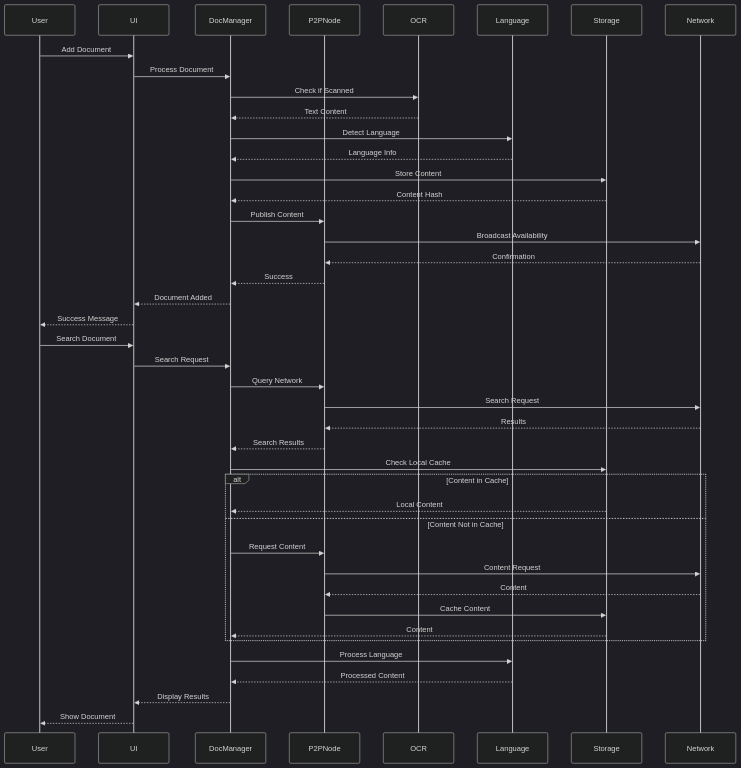
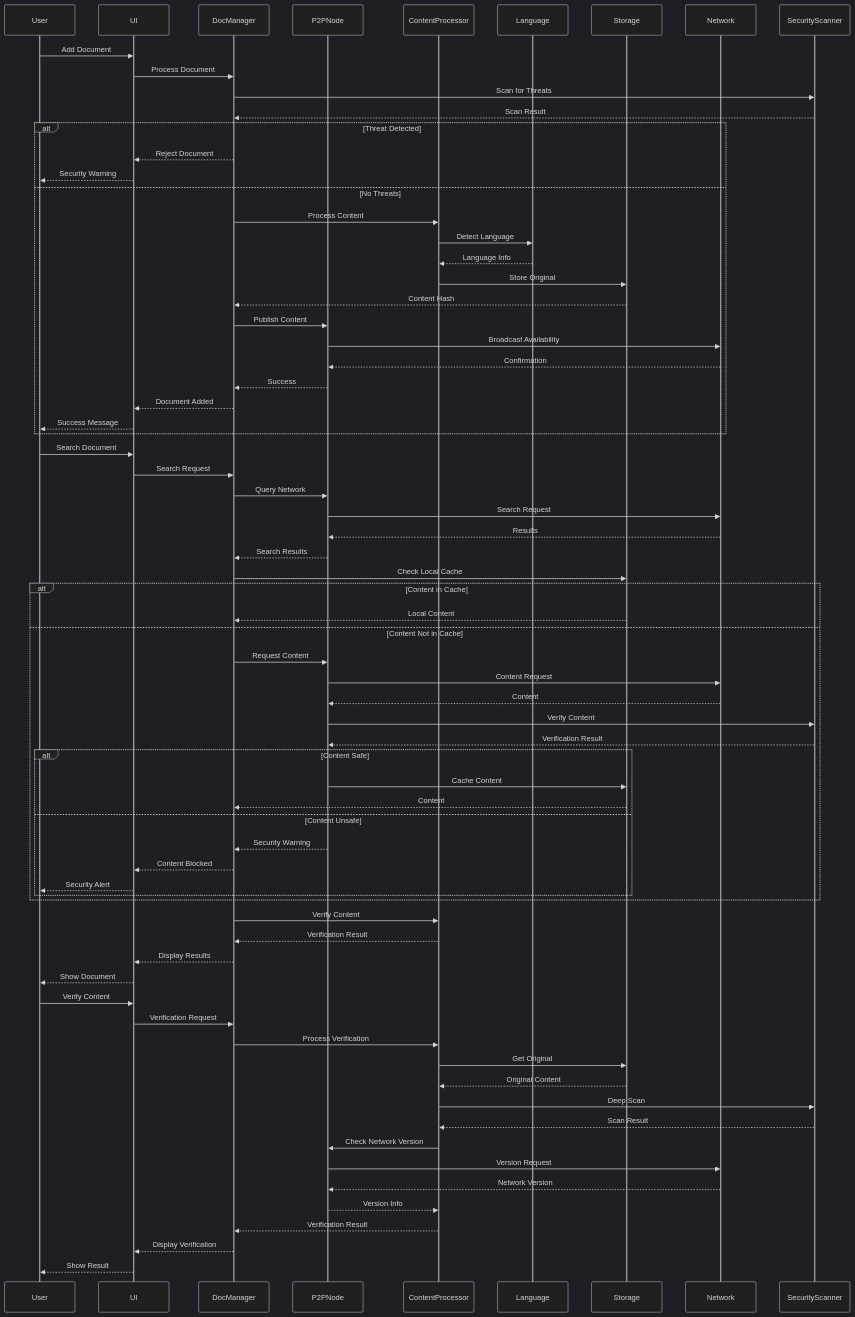
Before and after one commit to AlLibrary-Libertarian-knowledge/DocsAndResearch_AlLibrary: the diagram in Software Engineering/sequence_diagram.md, drawn with Mermaid (dark theme). The commit also changed 17 other files, not shown here.

````diff
--- a/Software Engineering/sequence_diagram.md
+++ b/Software Engineering/sequence_diagram.md
@@ -1,49 +1,80 @@
 ```mermaid
 sequenceDiagram
     participant User
     participant UI
     participant DocManager
     participant P2PNode
-    participant OCR
+    participant ContentProcessor
     participant Language
     participant Storage
     participant Network
+    participant SecurityScanner
 
     %% Document Sharing Process
     User->>UI: Add Document
     UI->>DocManager: Process Document
-    DocManager->>OCR: Check if Scanned
-    OCR-->>DocManager: Text Content
-    DocManager->>Language: Detect Language
-    Language-->>DocManager: Language Info
-    DocManager->>Storage: Store Content
-    Storage-->>DocManager: Content Hash
-    DocManager->>P2PNode: Publish Content
-    P2PNode->>Network: Broadcast Availability
-    Network-->>P2PNode: Confirmation
-    P2PNode-->>DocManager: Success
-    DocManager-->>UI: Document Added
-    UI-->>User: Success Message
+    DocManager->>SecurityScanner: Scan for Threats
+    SecurityScanner-->>DocManager: Scan Result
+    alt Threat Detected
+        DocManager-->>UI: Reject Document
+        UI-->>User: Security Warning
+    else No Threats
+        DocManager->>ContentProcessor: Process Content
+        ContentProcessor->>Language: Detect Language
+        Language-->>ContentProcessor: Language Info
+        ContentProcessor->>Storage: Store Original
+        Storage-->>DocManager: Content Hash
+        DocManager->>P2PNode: Publish Content
+        P2PNode->>Network: Broadcast Availability
+        Network-->>P2PNode: Confirmation
+        P2PNode-->>DocManager: Success
+        DocManager-->>UI: Document Added
+        UI-->>User: Success Message
+    end
 
     %% Document Retrieval Process
     User->>UI: Search Document
     UI->>DocManager: Search Request
     DocManager->>P2PNode: Query Network
     P2PNode->>Network: Search Request
     Network-->>P2PNode: Results
     P2PNode-->>DocManager: Search Results
     DocManager->>Storage: Check Local Cache
     alt Content in Cache
         Storage-->>DocManager: Local Content
     else Content Not in Cache
         DocManager->>P2PNode: Request Content
         P2PNode->>Network: Content Request
         Network-->>P2PNode: Content
-        P2PNode->>Storage: Cache Content
-        Storage-->>DocManager: Content
+        P2PNode->>SecurityScanner: Verify Content
+        SecurityScanner-->>P2PNode: Verification Result
+        alt Content Safe
+            P2PNode->>Storage: Cache Content
+            Storage-->>DocManager: Content
+        else Content Unsafe
+            P2PNode-->>DocManager: Security Warning
+            DocManager-->>UI: Content Blocked
+            UI-->>User: Security Alert
+        end
     end
-    DocManager->>Language: Process Language
-    Language-->>DocManager: Processed Content
+    DocManager->>ContentProcessor: Verify Content
+    ContentProcessor-->>DocManager: Verification Result
     DocManager-->>UI: Display Results
     UI-->>User: Show Document
+
+    %% Content Verification Process
+    User->>UI: Verify Content
+    UI->>DocManager: Verification Request
+    DocManager->>ContentProcessor: Process Verification
+    ContentProcessor->>Storage: Get Original
+    Storage-->>ContentProcessor: Original Content
+    ContentProcessor->>SecurityScanner: Deep Scan
+    SecurityScanner-->>ContentProcessor: Scan Result
+    ContentProcessor->>P2PNode: Check Network Version
+    P2PNode->>Network: Version Request
+    Network-->>P2PNode: Network Version
+    P2PNode-->>ContentProcessor: Version Info
+    ContentProcessor-->>DocManager: Verification Result
+    DocManager-->>UI: Display Verification
+    UI-->>User: Show Result
 ```
````
